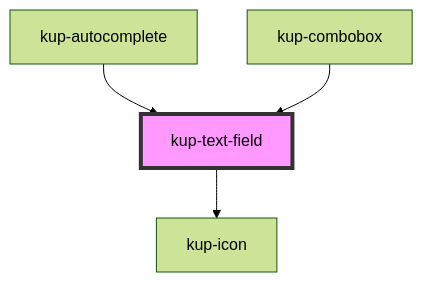
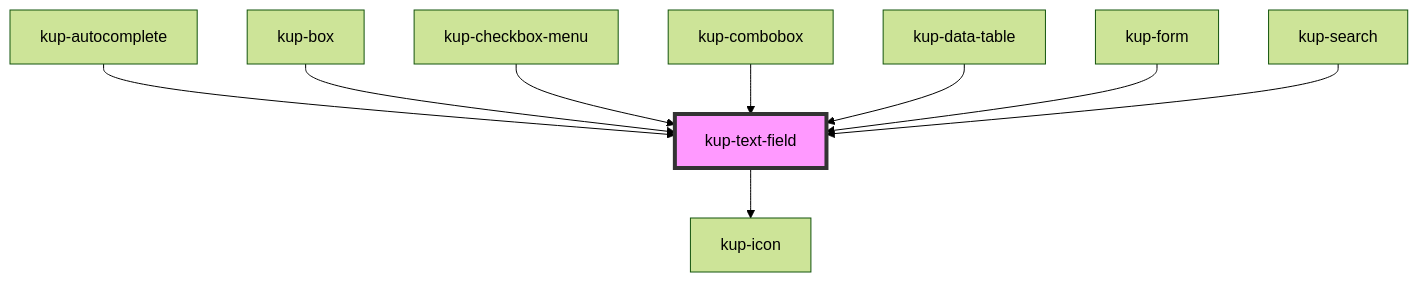
The diagram in packages/ketchup/src/components/kup-text-field/readme.md (smeup/ketchup), drawn with Mermaid (forest theme) before and after one commit. The commit also changed other lines of this file and 32 other files, not shown here.

Commit message:
Rendamed kup-fld to kup-field. Implented field showcase.

````diff
--- a/packages/ketchup/src/components/kup-text-field/readme.md
+++ b/packages/ketchup/src/components/kup-text-field/readme.md
@@ -56,7 +75,12 @@
 ```mermaid
 graph TD;
   kup-text-field --> kup-icon
   kup-autocomplete --> kup-text-field
+  kup-box --> kup-text-field
+  kup-checkbox-menu --> kup-text-field
   kup-combobox --> kup-text-field
+  kup-data-table --> kup-text-field
+  kup-form --> kup-text-field
+  kup-search --> kup-text-field
   style kup-text-field fill:#f9f,stroke:#333,stroke-width:4px
 ```
````
